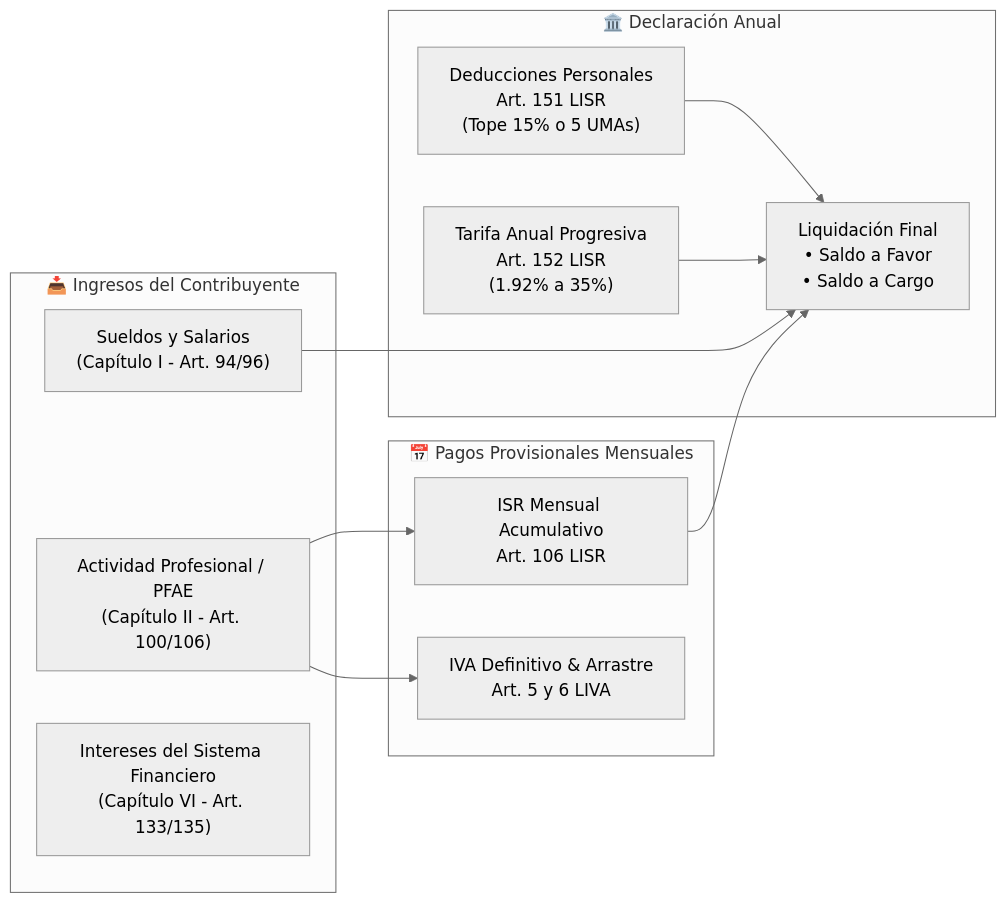
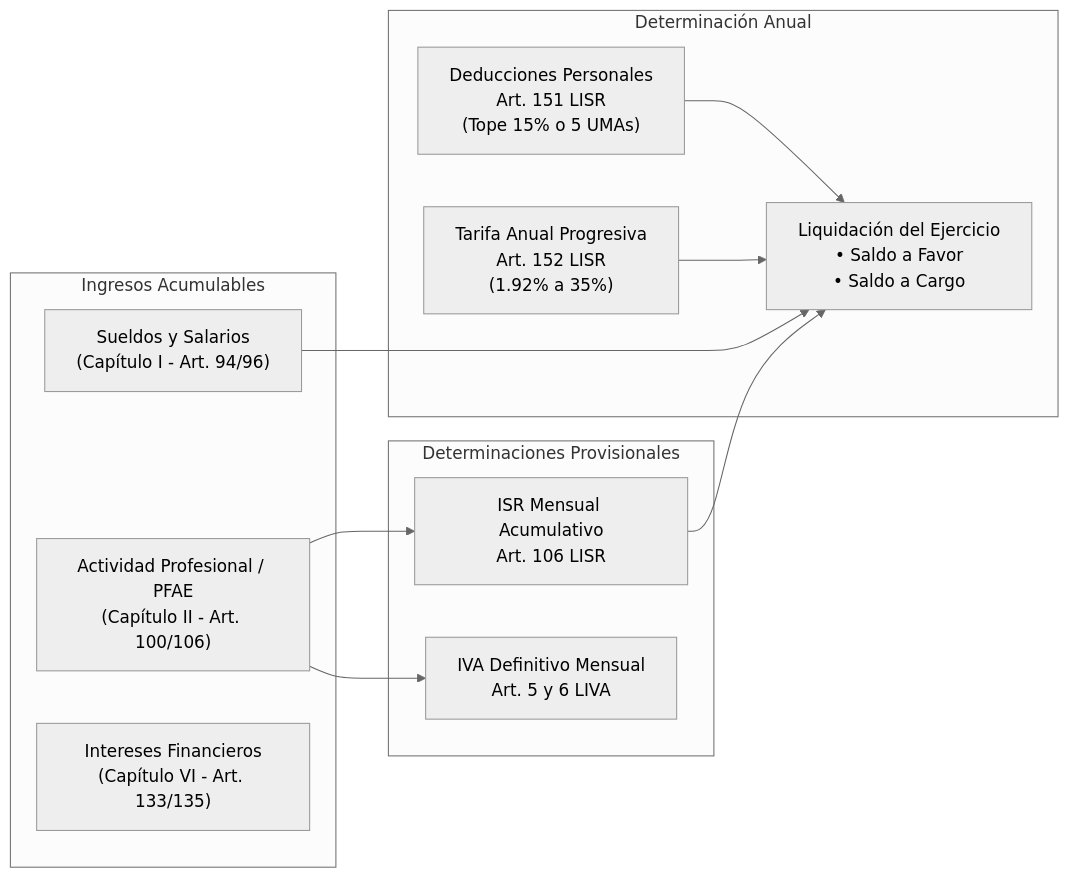
Before and after one commit to shellaquiles/tribuTACOS: the first of 2 diagrams in docs/03_motor_fiscal_algoritmos.md, drawn with Mermaid (neutral theme). The commit also changed other lines of this file and 10 other files, not shown here.

````diff
--- a/docs/03_motor_fiscal_algoritmos.md
+++ b/docs/03_motor_fiscal_algoritmos.md
@@ -19,26 +19,26 @@
 ```mermaid
 graph LR
-    subgraph Ingresos["📥 Ingresos del Contribuyente"]
+    subgraph Ingresos["Ingresos Acumulables"]
         Nomina["Sueldos y Salarios\n(Capítulo I - Art. 94/96)"]
         PFAE["Actividad Profesional / PFAE\n(Capítulo II - Art. 100/106)"]
-        Intereses["Intereses del Sistema Financiero\n(Capítulo VI - Art. 133/135)"]
+        Intereses["Intereses Financieros\n(Capítulo VI - Art. 133/135)"]
     end
 
-    subgraph Provisionales["📅 Pagos Provisionales Mensuales"]
+    subgraph Provisionales["Determinaciones Provisionales"]
         ISR_Prov["ISR Mensual Acumulativo\nArt. 106 LISR"]
-        IVA_Def["IVA Definitivo & Arrastre\nArt. 5 y 6 LIVA"]
+        IVA_Def["IVA Definitivo Mensual\nArt. 5 y 6 LIVA"]
     end
 
-    subgraph Anual["🏛️ Declaración Anual"]
+    subgraph Anual["Determinación Anual"]
         Deds_Pers["Deducciones Personales\nArt. 151 LISR\n(Tope 15% o 5 UMAs)"]
         Tarifa_Anual["Tarifa Anual Progresiva\nArt. 152 LISR\n(1.92% a 35%)"]
-        Liquidacion["Liquidación Final\n• Saldo a Favor\n• Saldo a Cargo"]
+        Liquidacion["Liquidación del Ejercicio\n• Saldo a Favor\n• Saldo a Cargo"]
     end
 
     Nomina --> Liquidacion
     PFAE --> ISR_Prov
     PFAE --> IVA_Def
     ISR_Prov --> Liquidacion
     Deds_Pers --> Liquidacion
     Tarifa_Anual --> Liquidacion
 ```
````
